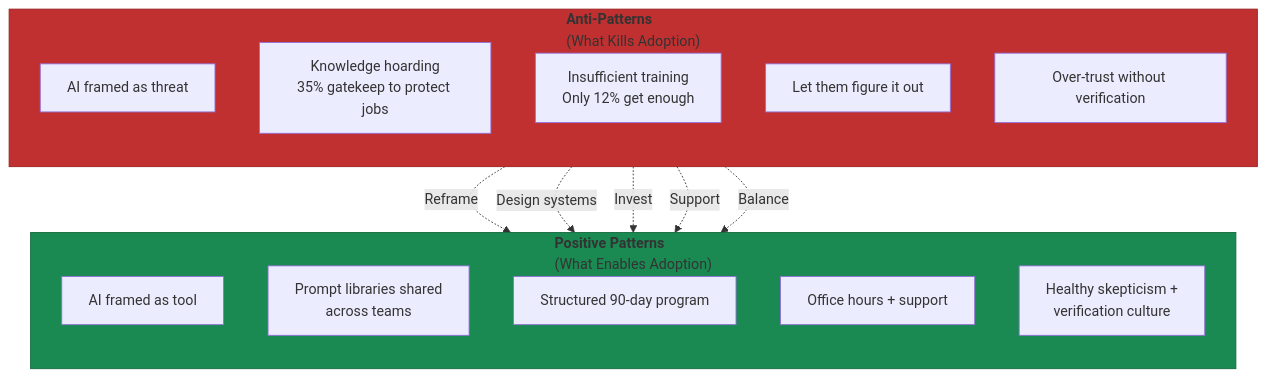
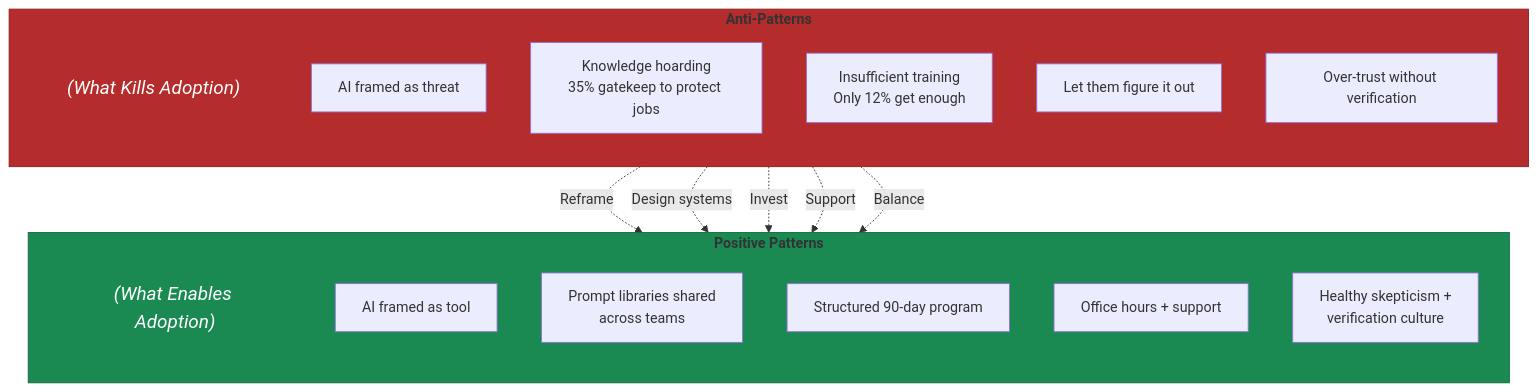
The diagram in book/part-3-operating/08-teams-for-ai-first-companies/06-building-ai-culture.md (saurav-yirifi/blueprint-ai-first-company), drawn with Mermaid before and after one commit. The commit also changed 74 other files, not shown here.

First line of the commit message:
Standardize Mermaid diagrams: dual-mode colors, style directives, and line breaks

````diff
--- a/book/part-3-operating/08-teams-for-ai-first-companies/06-building-ai-culture.md
+++ b/book/part-3-operating/08-teams-for-ai-first-companies/06-building-ai-culture.md
@@ -29,29 +29,32 @@
 ```mermaid
 flowchart TB
-    subgraph ANTI["<b>Anti-Patterns</b><br/>(What Kills Adoption)"]
+    subgraph ANTI["<b>Anti-Patterns</b>"]
         direction TB
+        ANTIS["<i>(What Kills Adoption)</i>"]:::subtitle
         X1[AI framed as threat]
         X2[Knowledge hoarding<br/>35% gatekeep to protect jobs]
         X3[Insufficient training<br/>Only 12% get enough]
         X4[Let them figure it out]
         X5[Over-trust without verification]
     end
 
-    subgraph POSITIVE["<b>Positive Patterns</b><br/>(What Enables Adoption)"]
+    subgraph POSITIVE["<b>Positive Patterns</b>"]
         direction TB
+        POSITIVES["<i>(What Enables Adoption)</i>"]:::subtitle
         P1[AI framed as tool]
         P2[Prompt libraries shared<br/>across teams]
         P3[Structured 90-day program]
         P4[Office hours + support]
         P5[Healthy skepticism +<br/>verification culture]
     end
 
     X1 -.->|"Reframe"| P1
     X2 -.->|"Design systems"| P2
     X3 -.->|"Invest"| P3
     X4 -.->|"Support"| P4
     X5 -.->|"Balance"| P5
 
-    style ANTI fill:#c03030,stroke:#9a2020
+    style ANTI fill:#b52c2c,stroke:#921e1e
     style POSITIVE fill:#1a8a52,stroke:#14693e
+    classDef subtitle fill:none,stroke:none,color:#fff,font-size:1.1em
 ```
````
